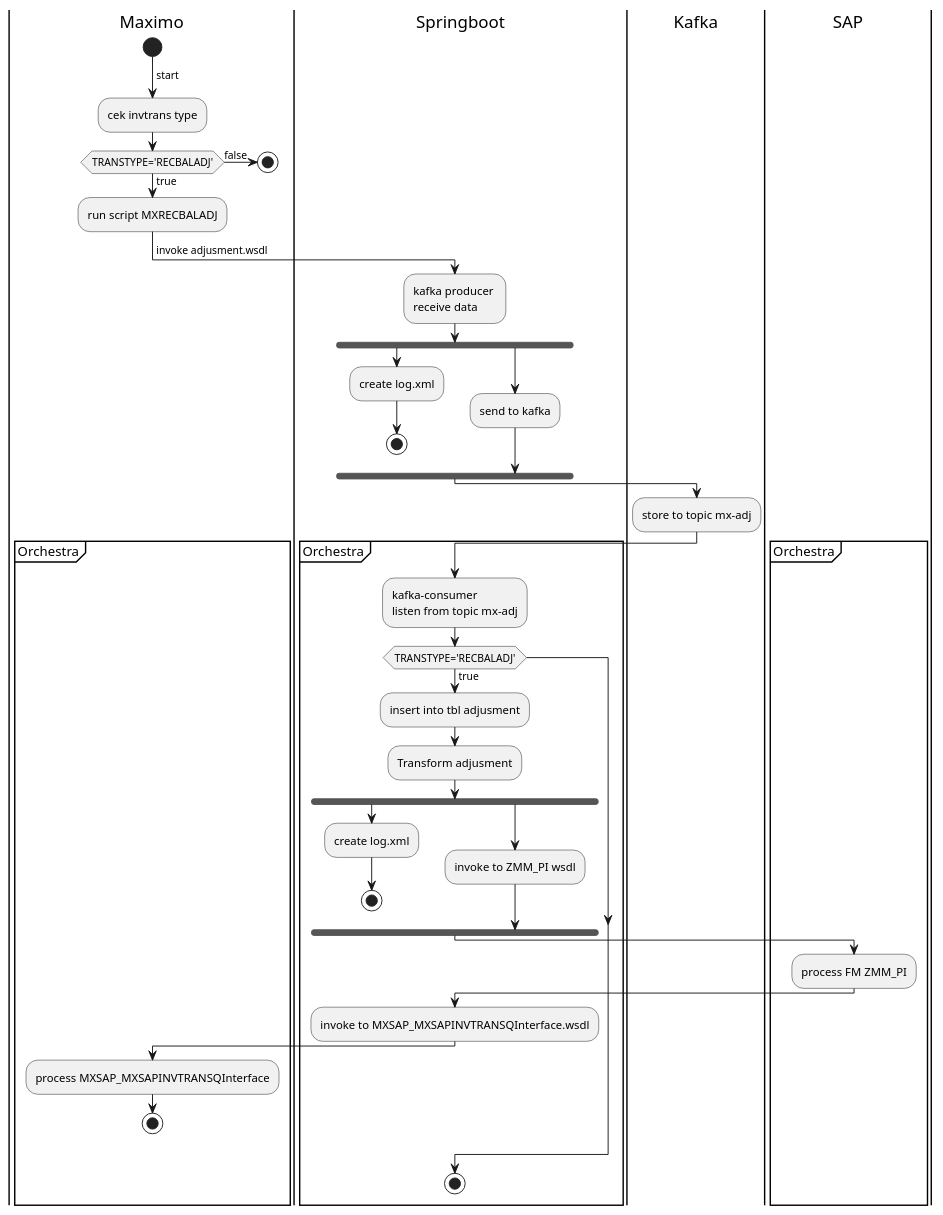
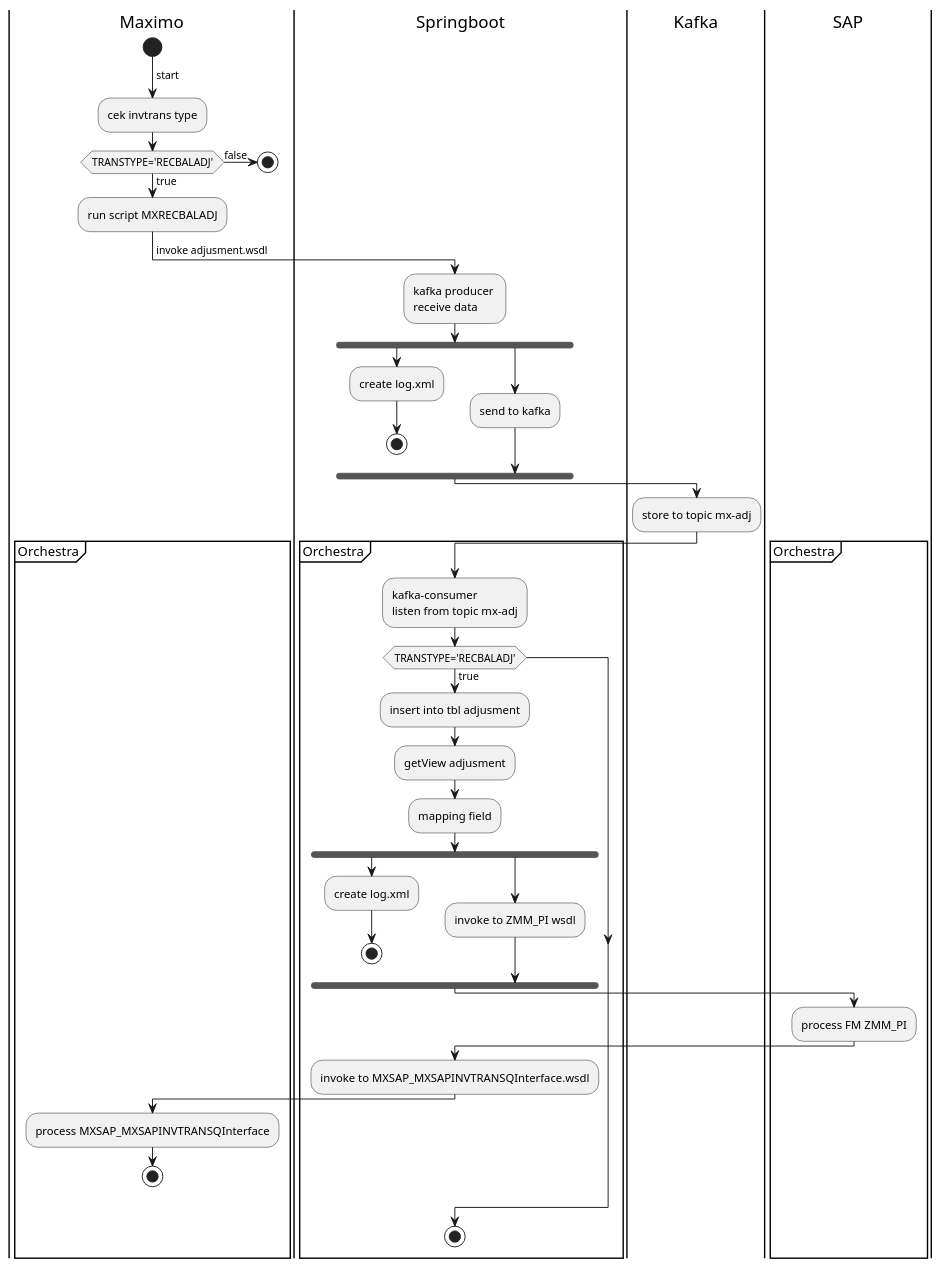
The diagram in adjusment.wsd (eman4814/uml-eamkit-integration), drawn with PlantUML before and after one commit. The commit also changed 1 other file, not shown here.

Commit message:
update adjusment activity diagram

```diff
--- a/adjusment.wsd
+++ b/adjusment.wsd
@@ -1,45 +1,46 @@
 @startuml
 |Maximo|
 start
 -> start;
 :cek invtrans type;
 if (TRANSTYPE='RECBALADJ') then (true)
     :run script MXRECBALADJ;
 else (false) 
 stop    
 endif
 |Springboot|
 ->invoke adjusment.wsdl;
 :kafka producer \nreceive data;
 fork
 :create log.xml;
 stop
 fork again
 :send to kafka;
 end fork;
 |Kafka|
 :store to topic mx-adj;
 |Springboot|
 partition Orchestra {
 :kafka-consumer \nlisten from topic mx-adj;
 if (TRANSTYPE='RECBALADJ') then (true)
     :insert into tbl adjusment;
-    :Transform adjusment;
+    :getView adjusment;
+    :mapping field;
     fork
     :create log.xml;
     stop
     fork again
     :invoke to ZMM_PI wsdl;
     end fork
     |SAP|
     :process FM ZMM_PI;
     |Springboot|    
     :invoke to MXSAP_MXSAPINVTRANSQInterface.wsdl;
     |Maximo|
     :process MXSAP_MXSAPINVTRANSQInterface;
     stop
 endif    
 |Springboot|
 stop
 }
 @enduml 
```
